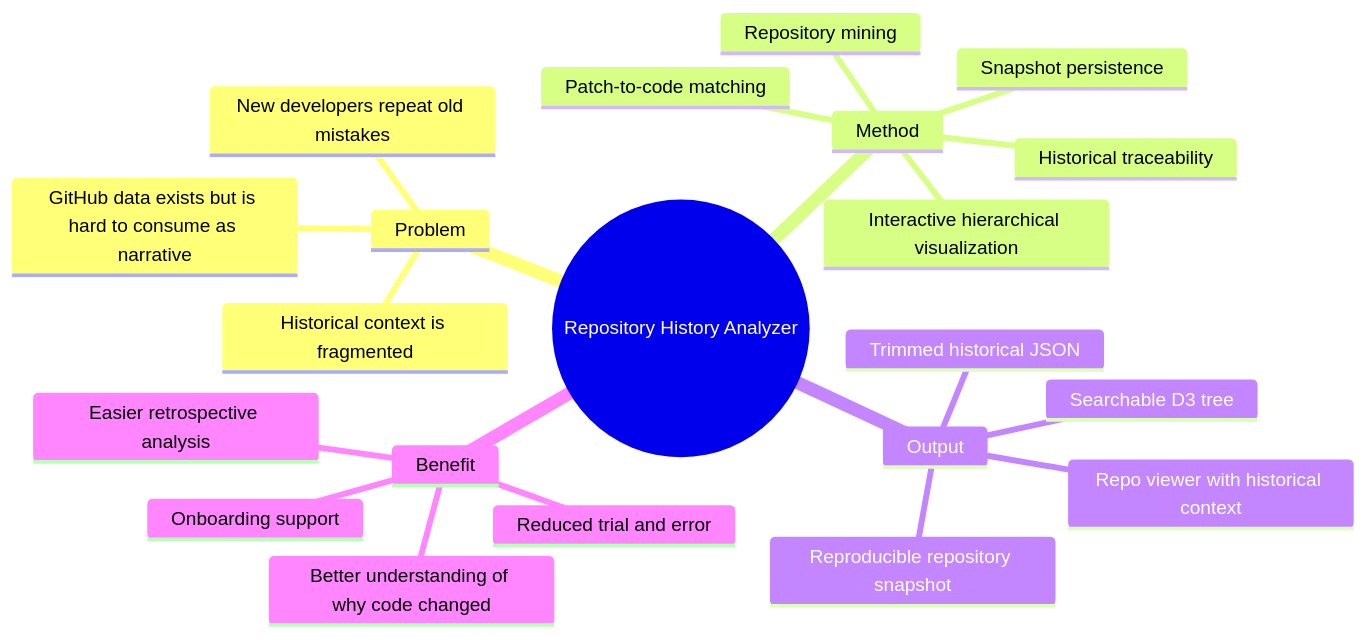
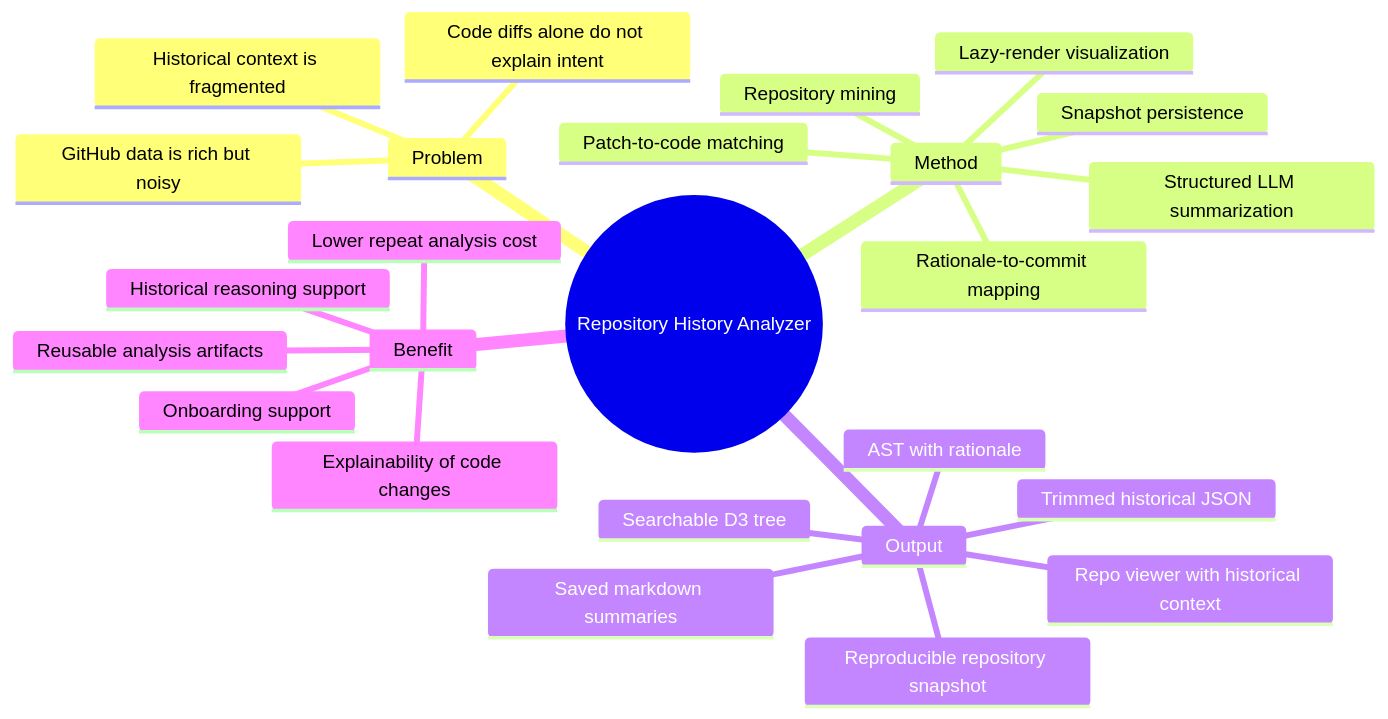
The fourth of 4 diagrams in docs/2026-05-04-architecture-methodology.md (Viody75/Historical-Evo-Aware-Code-Documentation), drawn with Mermaid before and after one commit. The commit also changed other lines of this file and 18 other files, not shown here.

Commit message:
feat(history-viewer): add rationale-aware snapshot summaries

````diff
--- a/docs/2026-05-04-architecture-methodology.md
+++ b/docs/2026-05-04-architecture-methodology.md
@@ -153,24 +438,28 @@
 ```mermaid
 mindmap
   root((Repository History Analyzer))
     Problem
       Historical context is fragmented
-      New developers repeat old mistakes
-      GitHub data exists but is hard to consume as narrative
+      GitHub data is rich but noisy
+      Code diffs alone do not explain intent
     Method
       Repository mining
-      Historical traceability
       Snapshot persistence
-      Interactive hierarchical visualization
+      Structured LLM summarization
+      Rationale-to-commit mapping
       Patch-to-code matching
+      Lazy-render visualization
     Output
       Trimmed historical JSON
       Reproducible repository snapshot
+      Saved markdown summaries
+      AST with rationale
       Searchable D3 tree
       Repo viewer with historical context
     Benefit
       Onboarding support
-      Reduced trial and error
-      Better understanding of why code changed
-      Easier retrospective analysis
+      Historical reasoning support
+      Explainability of code changes
+      Lower repeat analysis cost
+      Reusable analysis artifacts
 ```
````
